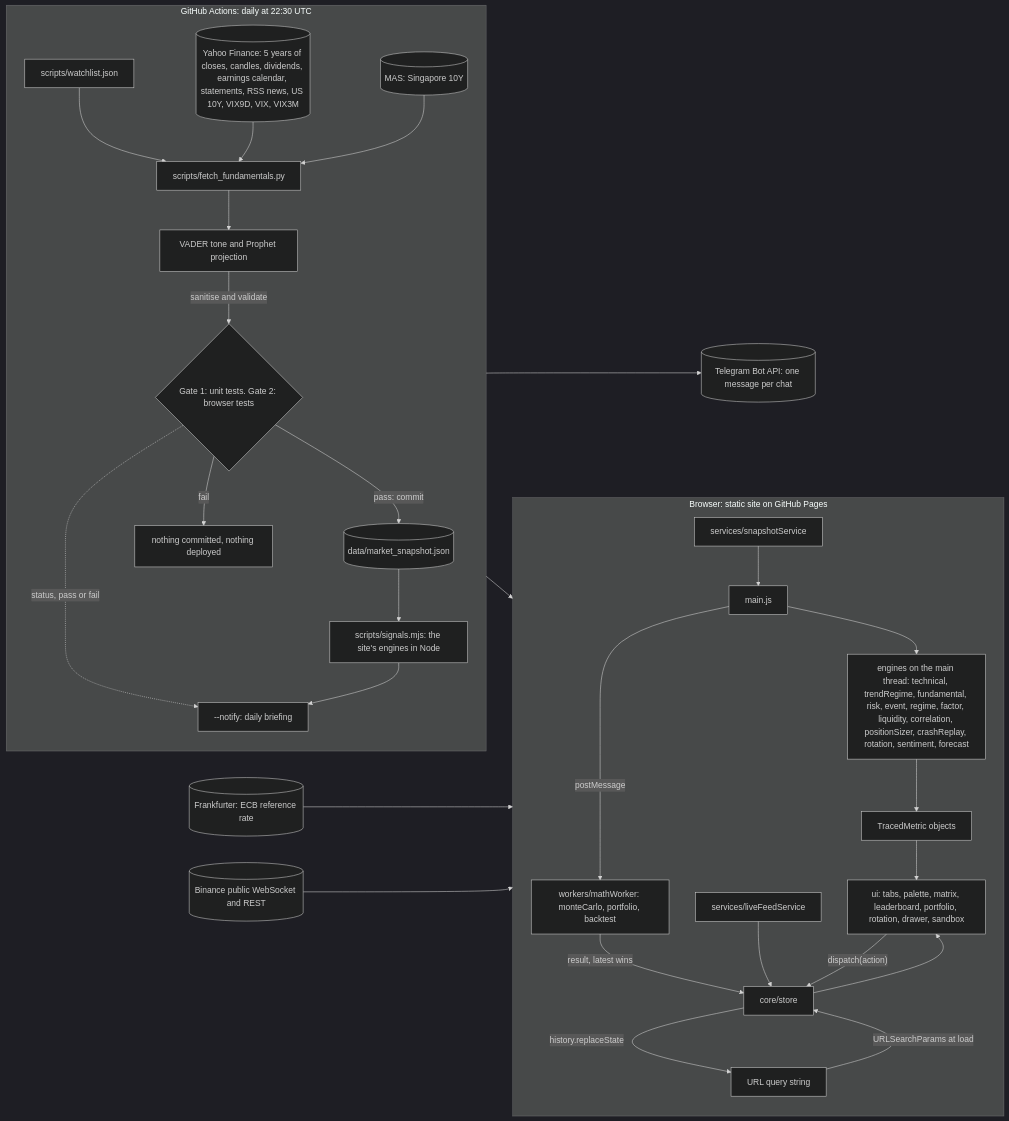
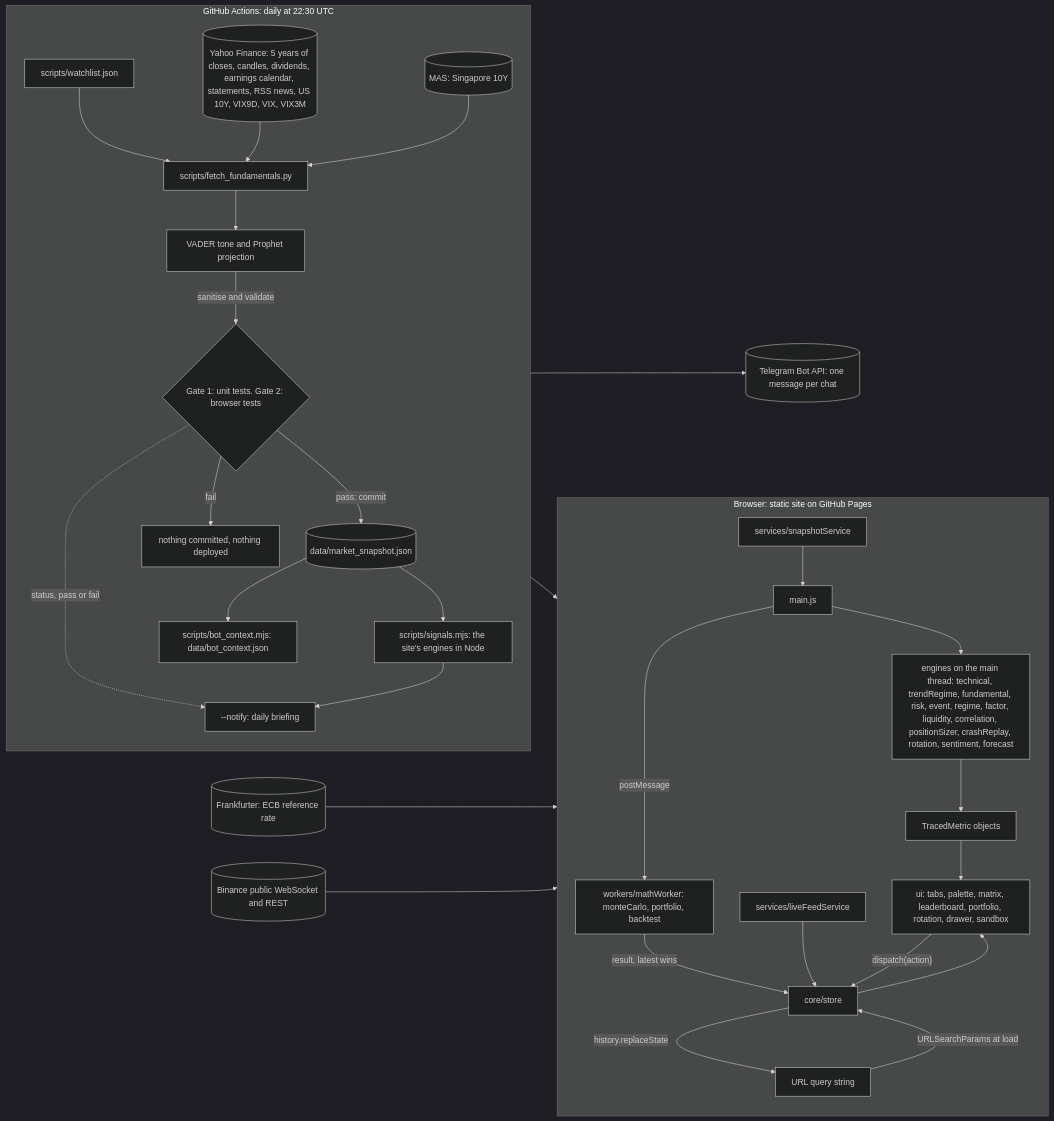
One commit to myc208/quantlens changed the first of 5 diagrams in README.md. Above: the diagram before and after it, drawn with Mermaid (dark theme). The commit also changed other lines of this file and 9 other files, not shown here.

````diff
--- a/README.md
+++ b/README.md
@@ -140,36 +144,37 @@
 ```mermaid
 flowchart LR
   subgraph CI["GitHub Actions: daily at 22:30 UTC"]
     direction TB
     WL["scripts/watchlist.json"] --> PY["scripts/fetch_fundamentals.py"]
     YF[("Yahoo Finance: 5 years of closes, candles, dividends, earnings calendar, statements, RSS news, US 10Y, VIX9D, VIX, VIX3M")] --> PY
     MAS[("MAS: Singapore 10Y")] --> PY
     PY --> ML["VADER tone and Prophet projection"]
     ML -->|"sanitise and validate"| GATE{"Gate 1: unit tests. Gate 2: browser tests"}
     GATE -->|"pass: commit"| SNAP[("data/market_snapshot.json")]
     GATE -->|"fail"| KEEP["nothing committed, nothing deployed"]
     SNAP --> SIG["scripts/signals.mjs: the site's engines in Node"]
+    SNAP --> BC["scripts/bot_context.mjs: data/bot_context.json"]
     GATE -.->|"status, pass or fail"| TG["--notify: daily briefing"]
     SIG --> TG
   end
   TG --> TELE[("Telegram Bot API: one message per chat")]
 
   subgraph WEB["Browser: static site on GitHub Pages"]
     direction TB
     SS["services/snapshotService"] --> MAIN["main.js"]
     MAIN --> ENG["engines on the main thread: technical, trendRegime, fundamental, risk, event, regime, factor, liquidity, correlation, positionSizer, crashReplay, rotation, sentiment, forecast"]
     MAIN -->|"postMessage"| WK["workers/mathWorker: monteCarlo, portfolio, backtest"]
     WK -->|"result, latest wins"| STORE["core/store"]
     ENG --> TM["TracedMetric objects"]
     LIVE["services/liveFeedService"] --> STORE
     STORE --> UI["ui: tabs, palette, matrix, leaderboard, portfolio, rotation, drawer, sandbox"]
     TM --> UI
     UI -->|"dispatch(action)"| STORE
     STORE -->|"history.replaceState"| URL["URL query string"]
     URL -->|"URLSearchParams at load"| STORE
   end
 
   SNAP --> SS
   BIN[("Binance public WebSocket and REST")] --> LIVE
   FX[("Frankfurter: ECB reference rate")] --> LIVE
 ```
````
